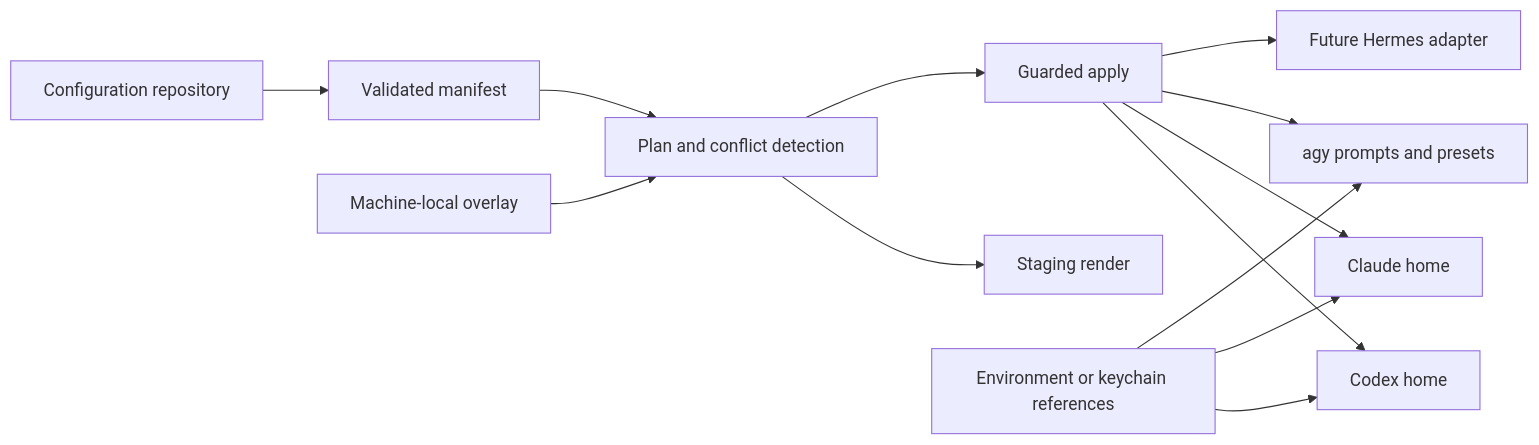
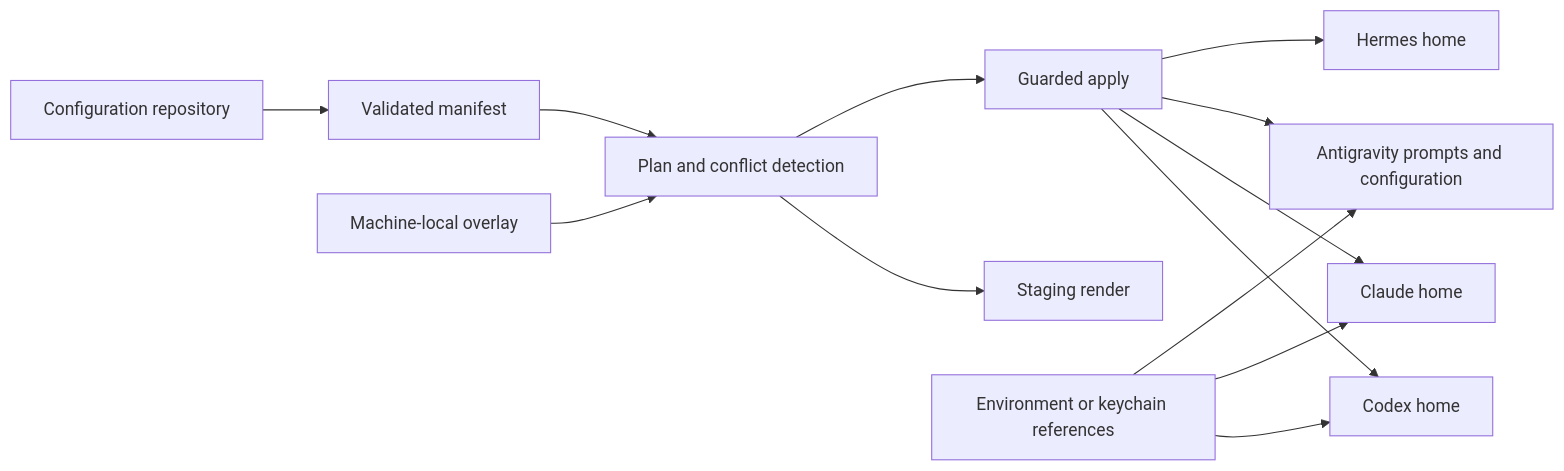
Before and after one commit to riidii-md/agentnyk-maisternia: the diagram in docs/CONFIGURATOR.md, drawn with Mermaid. The commit also changed other lines of this file and 72 other files, not shown here.

````diff
--- a/docs/CONFIGURATOR.md
+++ b/docs/CONFIGURATOR.md
@@ -10,17 +10,17 @@
 ```mermaid
 flowchart LR
     REPO[Configuration repository] --> MANIFEST[Validated manifest]
     MANIFEST --> PLAN[Plan and conflict detection]
     PLAN --> RENDER[Staging render]
     PLAN --> APPLY[Guarded apply]
 
     APPLY --> CODEX[Codex home]
     APPLY --> CLAUDE[Claude home]
-    APPLY --> AGY[agy prompts and presets]
-    APPLY --> HERMES[Future Hermes adapter]
+    APPLY --> AGY[Antigravity prompts and configuration]
+    APPLY --> HERMES[Hermes home]
 
     LOCAL[Machine-local overlay] --> PLAN
     SECRET[Environment or keychain references] --> CODEX
     SECRET --> CLAUDE
     SECRET --> AGY
 ```
````
